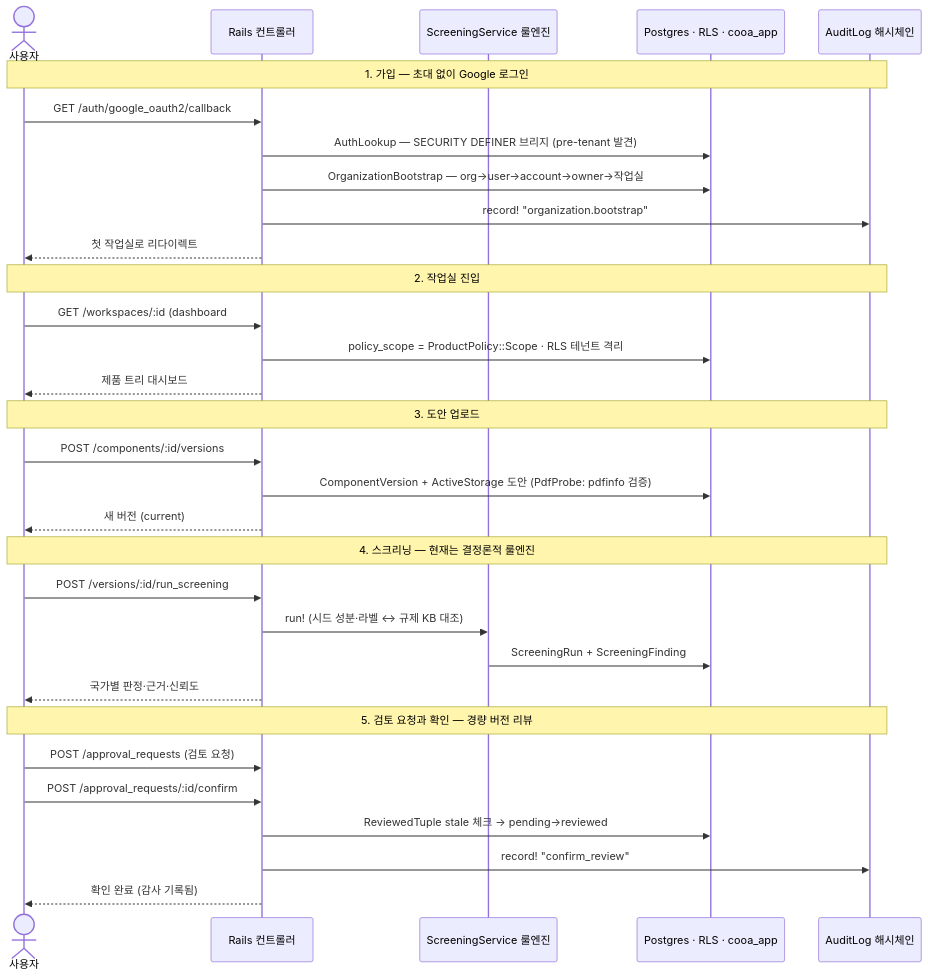
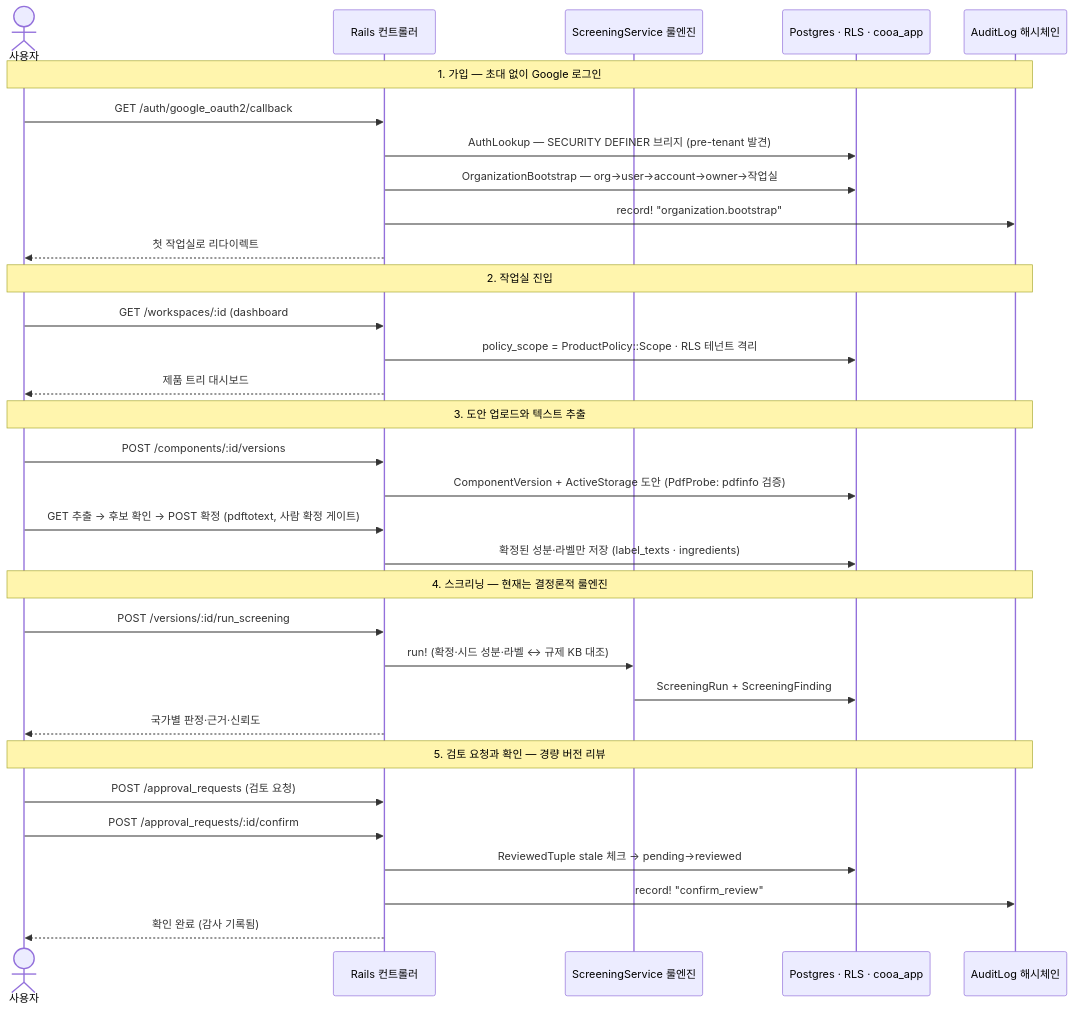
Before and after one commit to GangWooLee/cooa-web: the second of 2 diagrams in README.md, drawn with Mermaid. The commit also changed other lines of this file and 1 other file, not shown here.

````diff
--- a/README.md
+++ b/README.md
@@ -81,38 +85,39 @@
 ```mermaid
 sequenceDiagram
     actor U as 사용자
     participant R as Rails 컨트롤러
     participant S as ScreeningService 룰엔진
     participant DB as Postgres · RLS · cooa_app
     participant A as AuditLog 해시체인
 
     Note over U,A: 1. 가입 — 초대 없이 Google 로그인
     U->>R: GET /auth/google_oauth2/callback
     R->>DB: AuthLookup — SECURITY DEFINER 브리지 (pre-tenant 발견)
     R->>DB: OrganizationBootstrap — org→user→account→owner→작업실
     R->>A: record! "organization.bootstrap"
     R-->>U: 첫 작업실로 리다이렉트
 
     Note over U,A: 2. 작업실 진입
     U->>R: GET /workspaces/:id (dashboard#index)
     R->>DB: policy_scope = ProductPolicy::Scope · RLS 테넌트 격리
     R-->>U: 제품 트리 대시보드
 
-    Note over U,A: 3. 도안 업로드
+    Note over U,A: 3. 도안 업로드와 텍스트 추출
     U->>R: POST /components/:id/versions
     R->>DB: ComponentVersion + ActiveStorage 도안 (PdfProbe: pdfinfo 검증)
-    R-->>U: 새 버전 (current)
+    U->>R: GET 추출 → 후보 확인 → POST 확정 (pdftotext, 사람 확정 게이트)
+    R->>DB: 확정된 성분·라벨만 저장 (label_texts · ingredients)
 
     Note over U,A: 4. 스크리닝 — 현재는 결정론적 룰엔진
     U->>R: POST /versions/:id/run_screening
-    R->>S: run! (시드 성분·라벨 ↔ 규제 KB 대조)
+    R->>S: run! (확정·시드 성분·라벨 ↔ 규제 KB 대조)
     S->>DB: ScreeningRun + ScreeningFinding
     R-->>U: 국가별 판정·근거·신뢰도
 
     Note over U,A: 5. 검토 요청과 확인 — 경량 버전 리뷰
     U->>R: POST /approval_requests (검토 요청)
     U->>R: POST /approval_requests/:id/confirm
     R->>DB: ReviewedTuple stale 체크 → pending→reviewed
     R->>A: record! "confirm_review"
     R-->>U: 확인 완료 (감사 기록됨)
 ```
````
